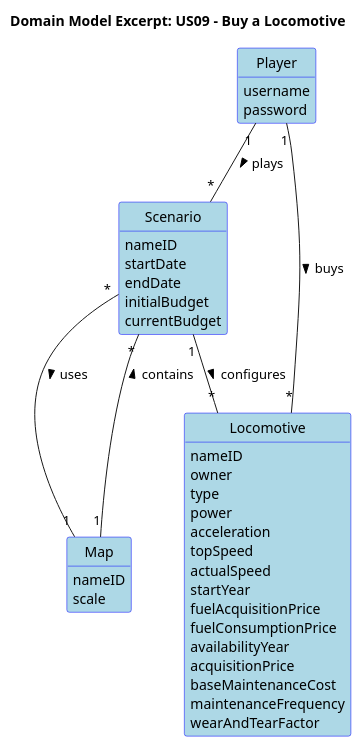
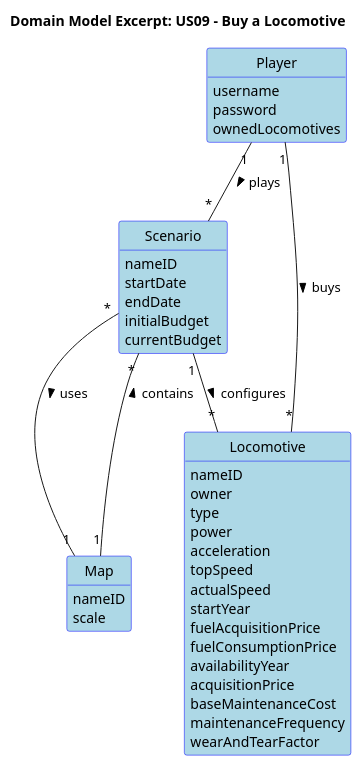
Before and after one commit to HenriqueSilva18/Railway-Network-Simulator: the diagram in docs/system-documentation/Sprint 3/US09/02.analysis/puml/US09-DM.puml, drawn with PlantUML. The commit also changed 16 other files, not shown here.

```diff
--- a/docs/system-documentation/Sprint 3/US09/02.analysis/puml/US09-DM.puml
+++ b/docs/system-documentation/Sprint 3/US09/02.analysis/puml/US09-DM.puml
@@ -1,59 +1,60 @@
 @startuml
 skinparam shadowing false
 skinparam classAttributeIconSize 0
 skinparam class {
   BackgroundColor LightBlue
   BorderColor Blue
 }
 skinparam enum {
   BackgroundColor LightBlue
   BorderColor Blue
 }
 hide circle
 hide methods
 
 title Domain Model Excerpt: US09 - Buy a Locomotive
 
 class Player {
   username
   password
+  ownedLocomotives
 }
 
 class Map {
   nameID
   scale
 }
 
 class Scenario {
   nameID
   startDate
   endDate
   initialBudget
   currentBudget
 }
 
 class Locomotive {
   nameID
   owner
   type
   power
   acceleration
   topSpeed
   actualSpeed
   startYear
   fuelAcquisitionPrice
   fuelConsumptionPrice
   availabilityYear
   acquisitionPrice
   baseMaintenanceCost
   maintenanceFrequency
   wearAndTearFactor
 }
 
 Player "1" -- "*" Scenario : plays >
 Player "1" -- "*" Locomotive : buys >
 Scenario "1" -- "*" Locomotive : configures >
 Scenario "*" -- "1" Map : uses >
 Map "1" -- "*" Scenario : contains >
 
 @enduml
```
